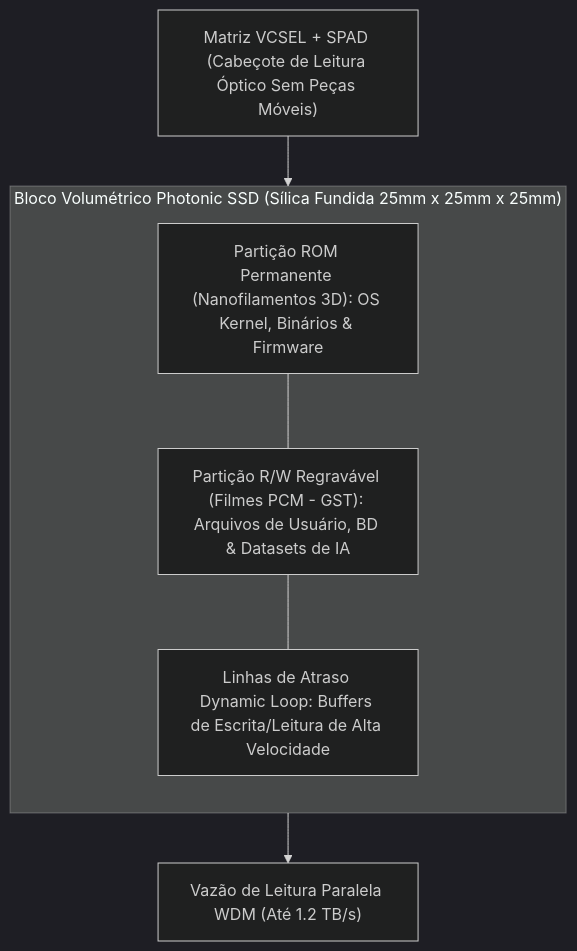
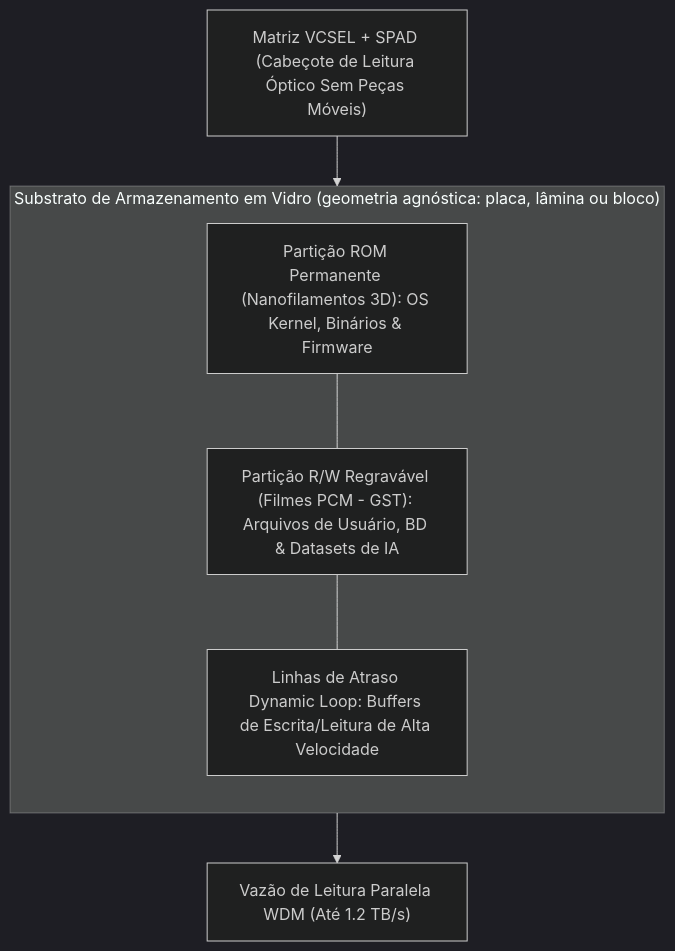
Before and after one commit to Roliveira96/SilicaCore: the diagram in docs/architecture/05-armazenamento-em-vidro-disco-optico-ssd.md, drawn with Mermaid (dark theme). The commit also changed other lines of this file and 10 other files, not shown here.

First line of the commit message:
docs(architecture): alinhar docs 01-10 a simulacao e adotar substrato de geometria agnostica

````diff
--- a/docs/architecture/05-armazenamento-em-vidro-disco-optico-ssd.md
+++ b/docs/architecture/05-armazenamento-em-vidro-disco-optico-ssd.md
@@ -9,15 +11,15 @@
 ```mermaid
 flowchart TD
-    subgraph CuboSSD["Bloco Volumétrico Photonic SSD (Sílica Fundida 25mm x 25mm x 25mm)"]
+    subgraph SubstratoSSD["Substrato de Armazenamento em Vidro (geometria agnóstica: placa, lâmina ou bloco)"]
         direction TB
         ParticaoROM["Partição ROM Permanente (Nanofilamentos 3D): OS Kernel, Binários & Firmware"]
         ParticaoPCM["Partição R/W Regravável (Filmes PCM - GST): Arquivos de Usuário, BD & Datasets de IA"]
         ParticaoCache["Linhas de Atraso Dynamic Loop: Buffers de Escrita/Leitura de Alta Velocidade"]
         
         ParticaoROM --- ParticaoPCM
         ParticaoPCM --- ParticaoCache
     end
 
-    CabecoteLeitura["Matriz VCSEL + SPAD (Cabeçote de Leitura Óptico Sem Peças Móveis)"] --> CuboSSD
-    CuboSSD --> OutputData["Vazão de Leitura Paralela WDM (Até 1.2 TB/s)"]
+    CabecoteLeitura["Matriz VCSEL + SPAD (Cabeçote de Leitura Óptico Sem Peças Móveis)"] --> SubstratoSSD
+    SubstratoSSD --> OutputData["Vazão de Leitura Paralela WDM (Até 1.2 TB/s)"]
 ```
````
